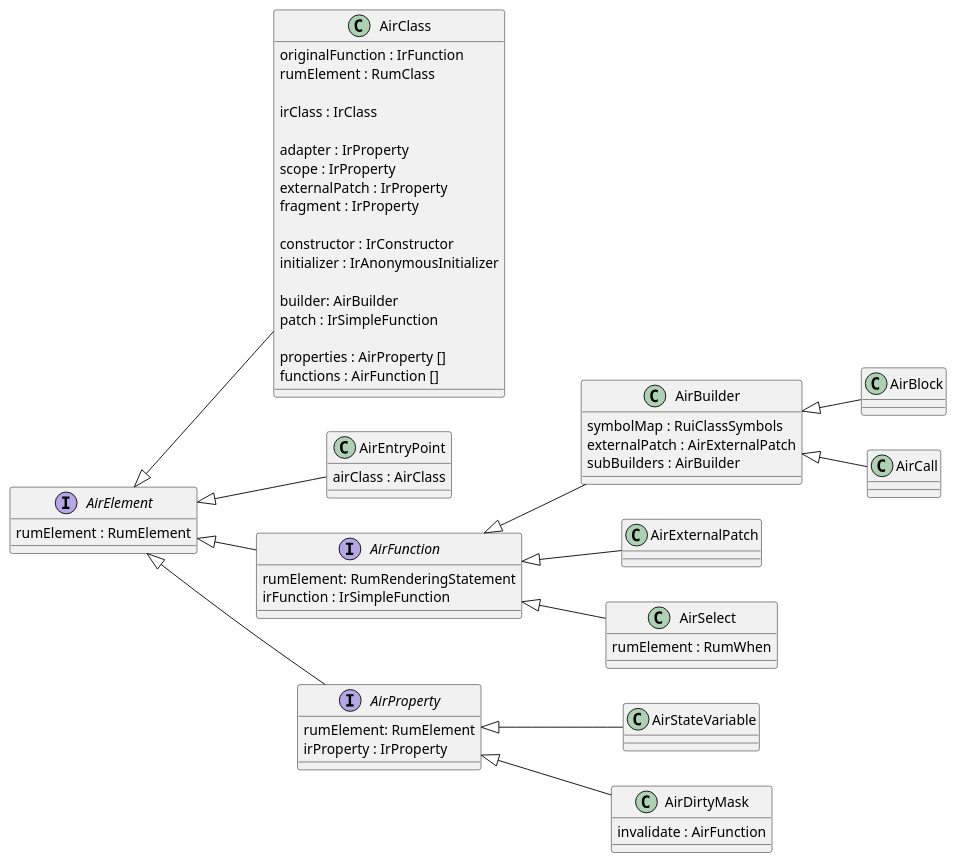
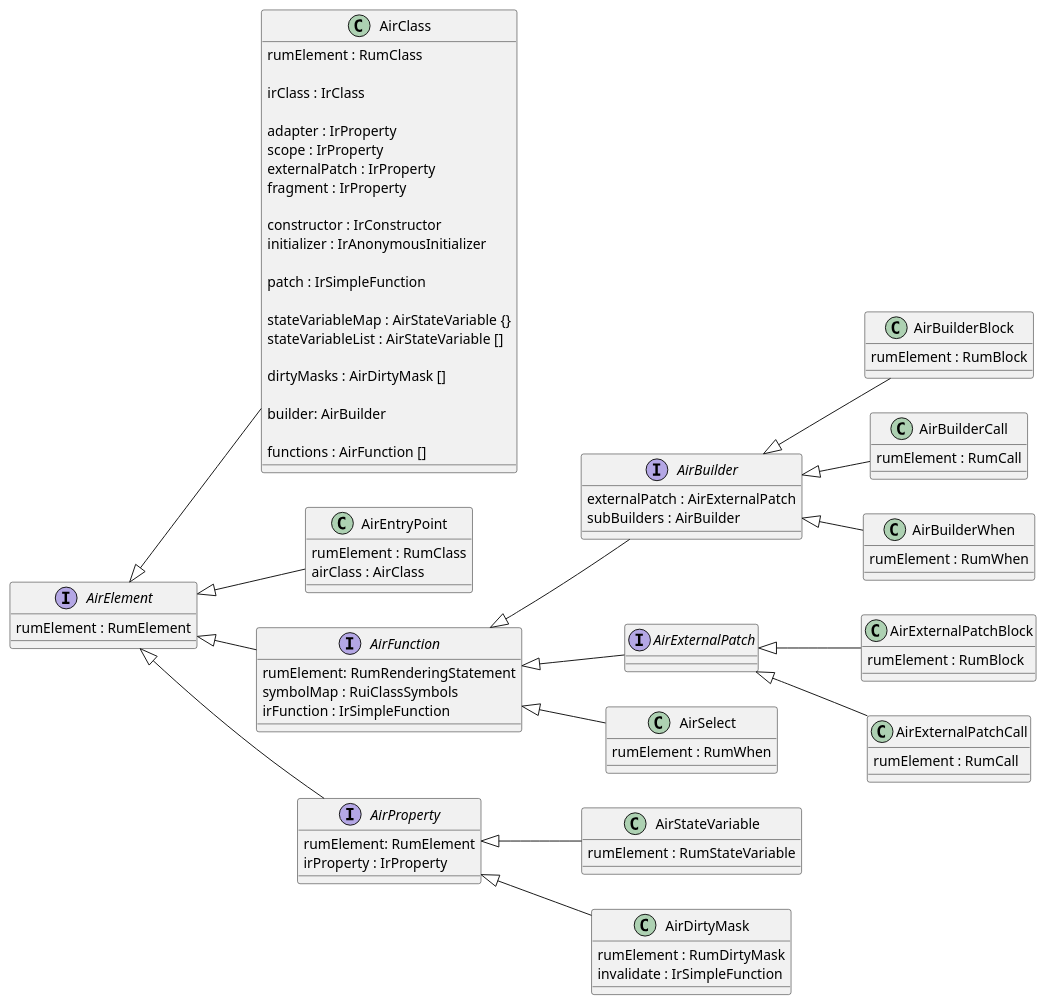
One commit to spxbhuhb/rui changed the diagram in doc/internals/Air.puml. Above: the diagram before and after it, drawn with PlantUML. The commit also changed 84 other files, not shown here.

```diff
--- a/doc/internals/Air.puml
+++ b/doc/internals/Air.puml
@@ -1,77 +1,104 @@
 @startuml
 
 left to right direction
 
 class AirClass {
-    originalFunction : IrFunction
     rumElement : RumClass
 
     irClass : IrClass
 
     adapter : IrProperty
     scope : IrProperty
     externalPatch : IrProperty
     fragment : IrProperty
 
     constructor : IrConstructor
     initializer : IrAnonymousInitializer
 
-    builder: AirBuilder
     patch : IrSimpleFunction
 
-    properties : AirProperty []
+    stateVariableMap : AirStateVariable {}
+    stateVariableList : AirStateVariable []
+
+    dirtyMasks : AirDirtyMask []
+
+    builder: AirBuilder
+
     functions : AirFunction []
 }
 AirElement <|-- AirClass
 
 class AirEntryPoint {
+    rumElement : RumClass
     airClass : AirClass
 }
 AirElement <|-- AirEntryPoint
 
-class AirBlock
-AirBuilder <|-- AirBlock
+class AirBuilderBlock {
+    rumElement : RumBlock
+}
+AirBuilder <|-- AirBuilderBlock
 
-class AirCall
-AirBuilder <|-- AirCall
+class AirBuilderCall {
+    rumElement : RumCall
+}
+AirBuilder <|-- AirBuilderCall
 
-class AirBuilder {
-    symbolMap : RuiClassSymbols
+class AirBuilderWhen {
+    rumElement : RumWhen
+}
+AirBuilder <|-- AirBuilderWhen
+
+interface AirBuilder {
     externalPatch : AirExternalPatch
     subBuilders : AirBuilder
 }
 AirFunction <|-- AirBuilder
 
-class AirExternalPatch
+class AirExternalPatchBlock {
+    rumElement : RumBlock
+}
+AirExternalPatch <|-- AirExternalPatchBlock
+
+class AirExternalPatchCall {
+    rumElement : RumCall
+}
+AirExternalPatch <|-- AirExternalPatchCall
+
+interface AirExternalPatch
 AirFunction <|-- AirExternalPatch
 
 class AirSelect {
     rumElement : RumWhen
 }
 AirFunction <|-- AirSelect
 
 interface AirFunction {
     rumElement: RumRenderingStatement
+    symbolMap : RuiClassSymbols
     irFunction : IrSimpleFunction
 }
 AirElement <|-- AirFunction
 
-class AirStateVariable
+class AirStateVariable {
+    rumElement : RumStateVariable
+}
 AirProperty <|-- AirStateVariable
 
 class AirDirtyMask {
-    invalidate : AirFunction
+    rumElement : RumDirtyMask
+    invalidate : IrSimpleFunction
 }
 AirProperty <|-- AirDirtyMask
 
 interface AirProperty {
     rumElement: RumElement
     irProperty : IrProperty
 }
 AirElement <|-- AirProperty
 
 interface AirElement {
     rumElement : RumElement
 }
 
 @enduml
```
